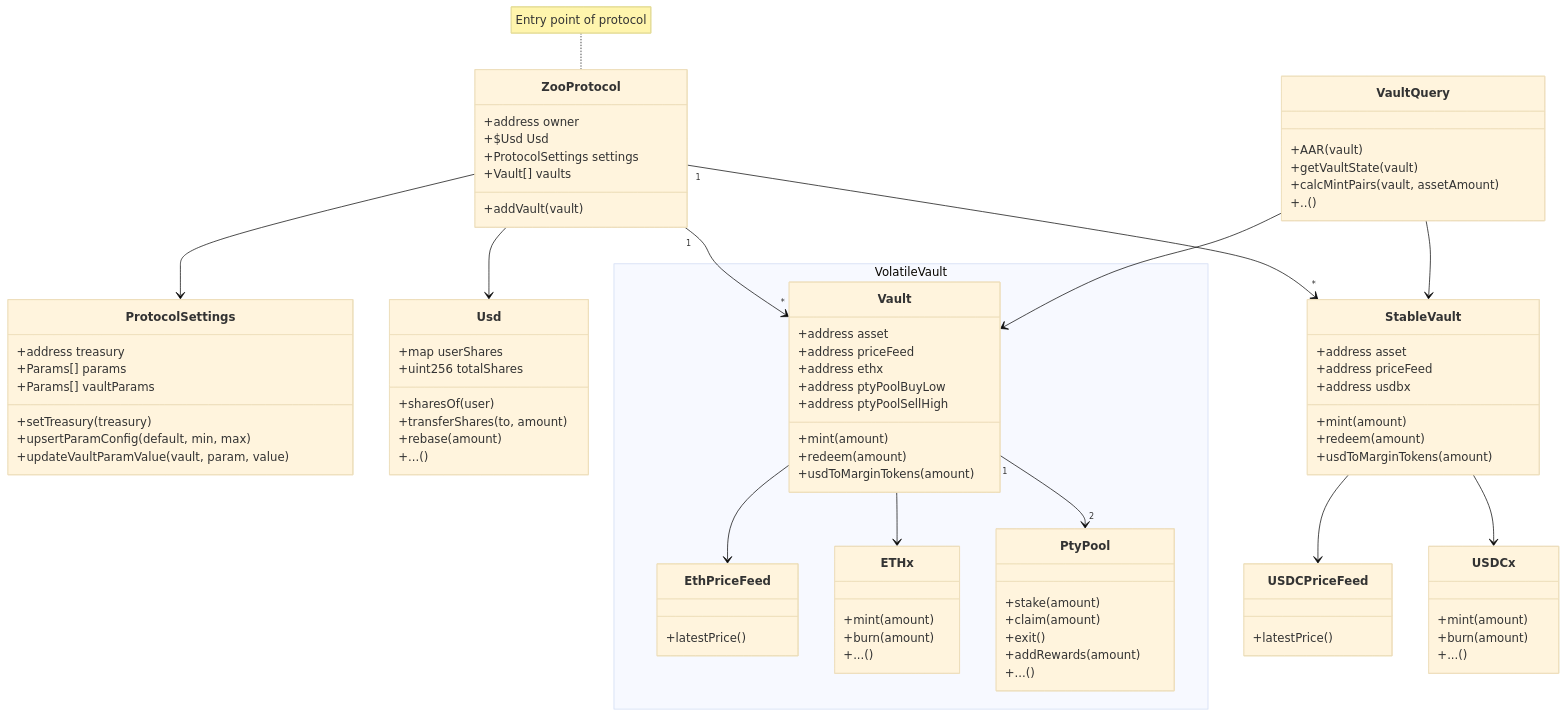
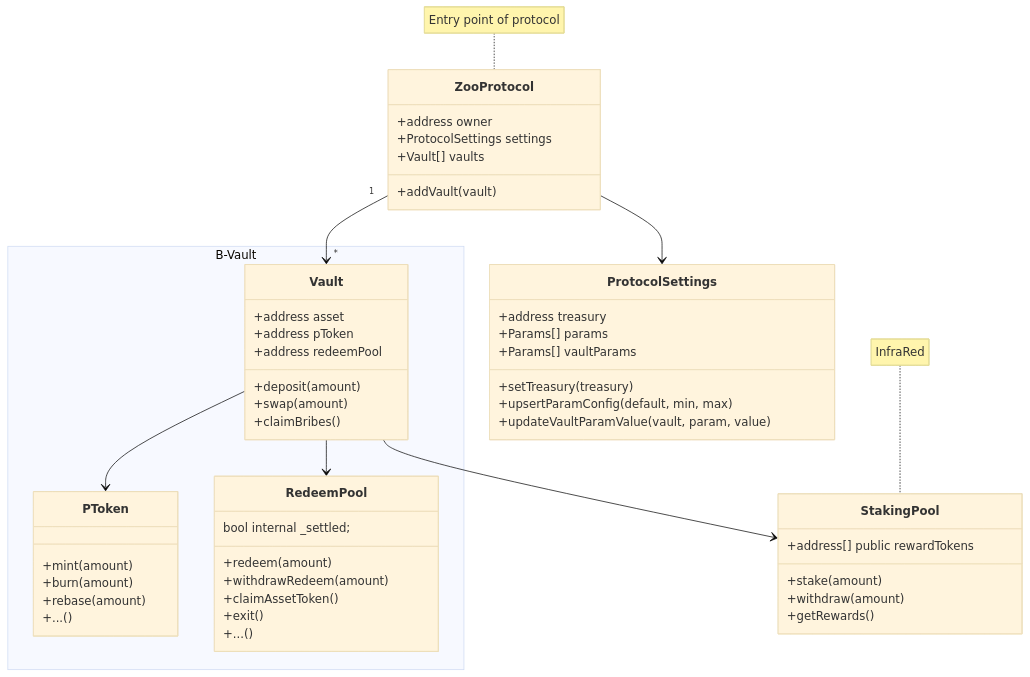
Before and after one commit to zoofiio/zoo-bribe-vault: the diagram in docs/overview.md, drawn with Mermaid (base theme).

```````diff
--- a/docs/overview.md
+++ b/docs/overview.md
@@ -5,7 +5,6 @@
 note for ZooProtocol "Entry point of protocol"
 class ZooProtocol {
   +address owner
-  +$Usd Usd
   +ProtocolSettings settings
   +Vault[] vaults
   +addVault(vault)
@@ -18,76 +17,43 @@
   +upsertParamConfig(default, min, max)
   +updateVaultParamValue(vault, param, value)
 }
-class Usd {
-  +map userShares
-  +uint256 totalShares
-  +sharesOf(user)
-  +transferShares(to, amount)
-  +rebase(amount)
-  +...()
+note for StakingPool "InfraRed"
+class StakingPool {
+  +address[] public rewardTokens
+  +stake(amount)
+  +withdraw(amount)
+  +getRewards()
 }
-class VaultQuery {
-  +AAR(vault)
-  +getVaultState(vault)
-  +calcMintPairs(vault, assetAmount)
-  +..()
-}
-namespace VolatileVault {
+namespace B-Vault {
   class Vault {
     +address asset
-    +address priceFeed
-    +address ethx
-    +address ptyPoolBuyLow
-    +address ptyPoolSellHigh
-    +mint(amount)
-    +redeem(amount)
-    +usdToMarginTokens(amount)
+    +address pToken
+    +address redeemPool
+    +deposit(amount)
+    +swap(amount)
+    +claimBribes()
   }
-  class EthPriceFeed {
-    +latestPrice()
-  }
-  class ETHx {
+  class PToken {
     +mint(amount)
     +burn(amount)
+    +rebase(amount)
     +...()
   }
-  class PtyPool {
-    +stake(amount)
-    +claim(amount)
+  class RedeemPool {
+    bool internal _settled;
+    +redeem(amount)
+    +withdrawRedeem(amount)
+    +claimAssetToken()
     +exit()
-    +addRewards(amount)
     +...()
   }
 }
 
-class StableVault {
-  +address asset
-  +address priceFeed
-  +address usdbx
-  +mint(amount)
-  +redeem(amount)
-  +usdToMarginTokens(amount)
-}
 
 ZooProtocol --> ProtocolSettings
-ZooProtocol --> Usd
 ZooProtocol "1" --> "*" Vault
-Vault --> EthPriceFeed
-Vault --> ETHx
-Vault "1" --> "2" PtyPool
+Vault --> PToken
+Vault --> RedeemPool
+Vault --> StakingPool
 
-class USDCPriceFeed {
-  +latestPrice()
-}
-class USDCx {
-  +mint(amount)
-  +burn(amount)
-  +...()
-}
-ZooProtocol "1" --> "*" StableVault
-StableVault --> USDCPriceFeed
-StableVault --> USDCx
-
-VaultQuery --> Vault
-VaultQuery --> StableVault
 ``````
```````
